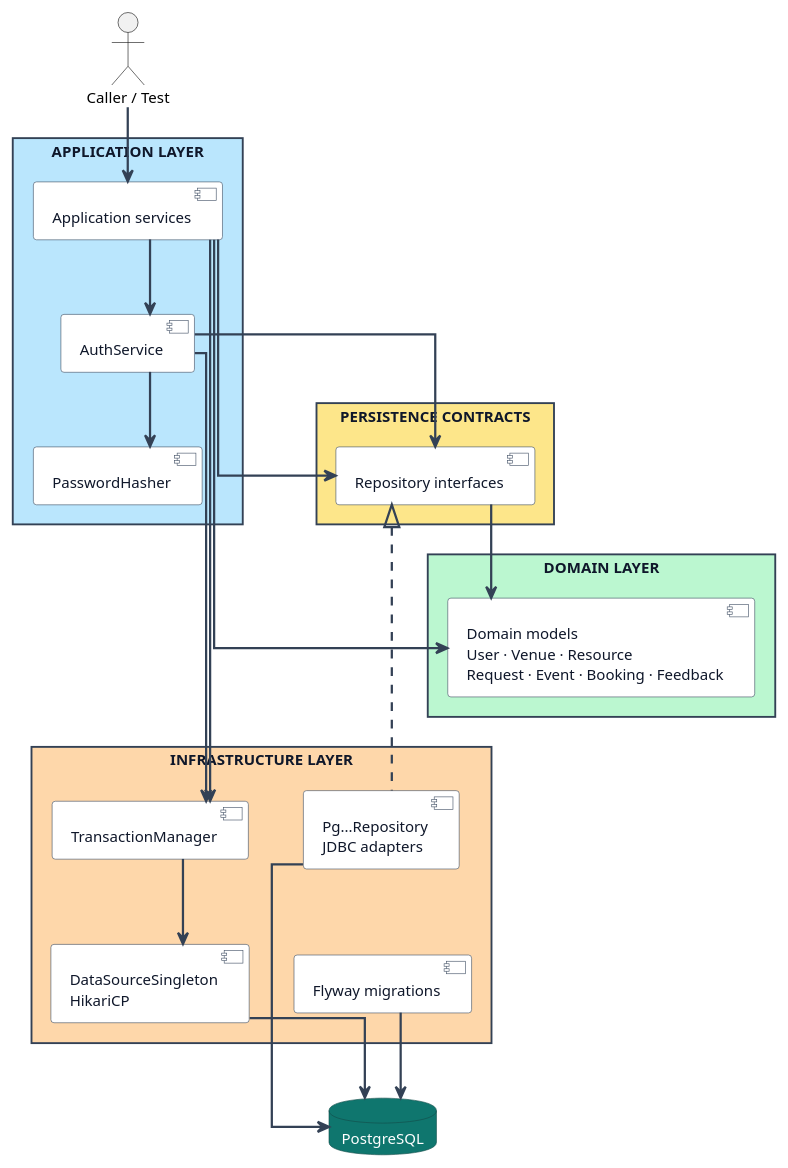
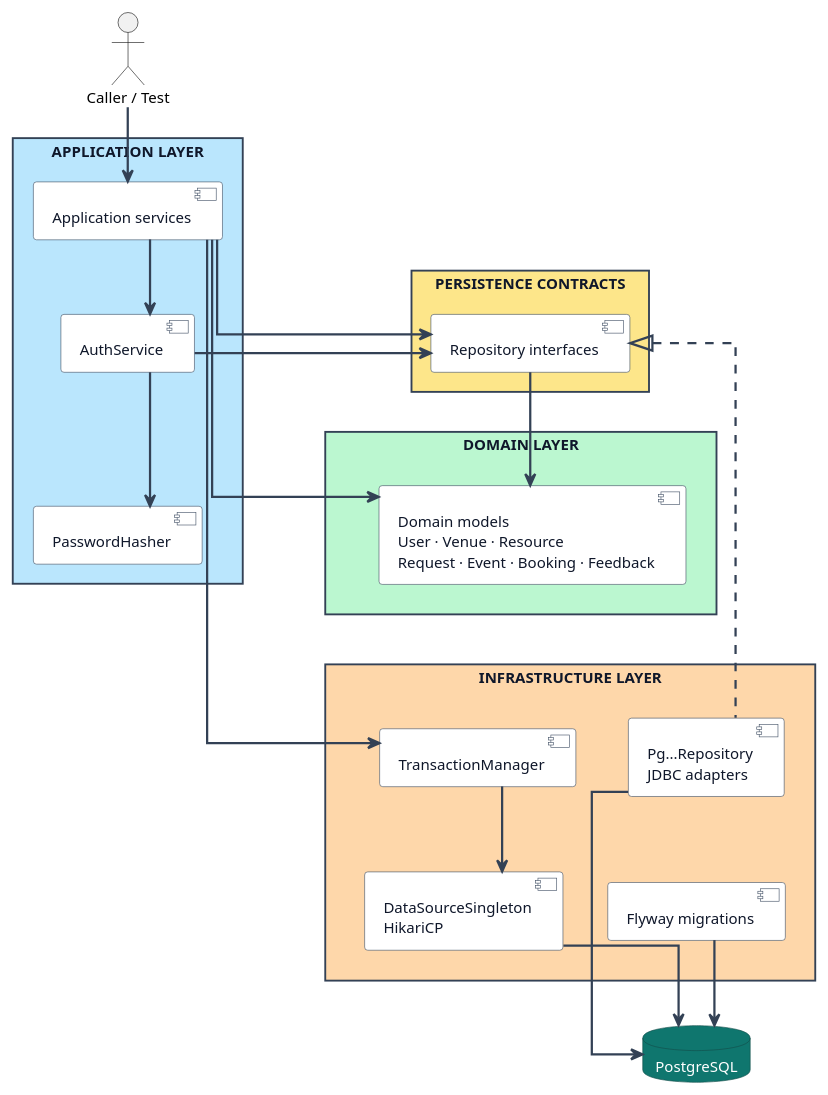
One commit to MeruemMeurel/Venue_Event_Organiser changed the diagram in docs/diagrams/architecture/layered-architecture.puml. Above: the diagram before and after it, drawn with PlantUML. The commit also changed 2 other files, not shown here.

Commit message:
docs: fix layered architecture layout

```diff
--- a/docs/diagrams/architecture/layered-architecture.puml
+++ b/docs/diagrams/architecture/layered-architecture.puml
@@ -1,84 +1,85 @@
 @startuml
 skinparam style strictuml
 skinparam shadowing false
 skinparam DefaultFontName "Helvetica"
 skinparam DefaultFontSize 12
 skinparam ArrowColor #334155
 skinparam ArrowThickness 1.8
 skinparam ArrowFontColor #334155
 skinparam ArrowFontSize 11
 skinparam linetype ortho
 
 skinparam rectangle {
     BorderColor #334155
     BorderThickness 1.5
     FontColor #0F172A
     FontStyle bold
     RoundCorner 14
 }
 
 skinparam component {
     BackgroundColor #FFFFFF
     BorderColor #475569
     FontColor #0F172A
 }
 
 skinparam database {
     BackgroundColor #0F766E
     BorderColor #134E4A
     FontColor #FFFFFF
 }
 
 top to bottom direction
 
 actor "Caller / Test" as Caller
 
 rectangle "APPLICATION LAYER" as Application #BAE6FD {
     component "Application services" as Services
     component "AuthService" as Auth
     component "PasswordHasher" as Hasher
 
     Services -[hidden]right- Auth
     Auth -[hidden]right- Hasher
 }
 
 rectangle "DOMAIN LAYER" as DomainLayer #BBF7D0 {
     component "Domain models\nUser · Venue · Resource\nRequest · Event · Booking · Feedback" as DomainModels
 }
 
 rectangle "PERSISTENCE CONTRACTS" as ContractsLayer #FDE68A {
     component "Repository interfaces" as Repositories
 }
 
 rectangle "INFRASTRUCTURE LAYER" as Infrastructure #FED7AA {
     component "Pg...Repository\nJDBC adapters" as Jdbc
     component "TransactionManager" as Transactions
     component "DataSourceSingleton\nHikariCP" as Pool
     component "Flyway migrations" as Flyway
 
     Jdbc -[hidden]right- Transactions
     Transactions -[hidden]right- Pool
     Pool -[hidden]right- Flyway
 }
 
+DomainLayer -[hidden]down- Infrastructure
+
 database "PostgreSQL" as PostgreSQL
 
 Caller -down-> Services
 
 Services --> Auth
-Services -down-> DomainModels
-Services -down-> Repositories
-Services --> Transactions
+Services -right-> DomainModels
+Services -right-> Repositories
+Services -down-> Transactions
 Auth --> Hasher
-Auth --> Repositories
-Auth --> Transactions
+Auth -right-> Repositories
 
 Repositories --> DomainModels
-Jdbc ..up.|> Repositories
+Jdbc .up.|> Repositories
 
 Transactions --> Pool
 Jdbc -down-> PostgreSQL
 Pool -down-> PostgreSQL
 Flyway -down-> PostgreSQL
 
 @enduml
```
